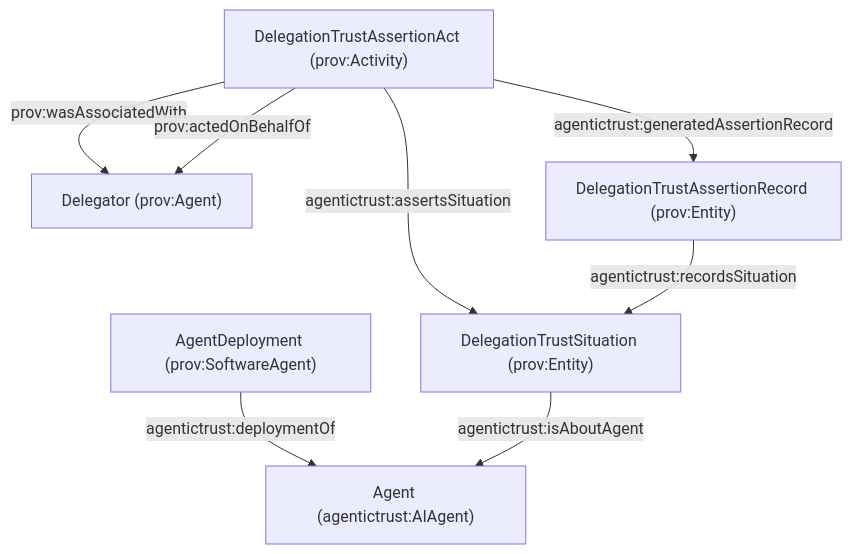
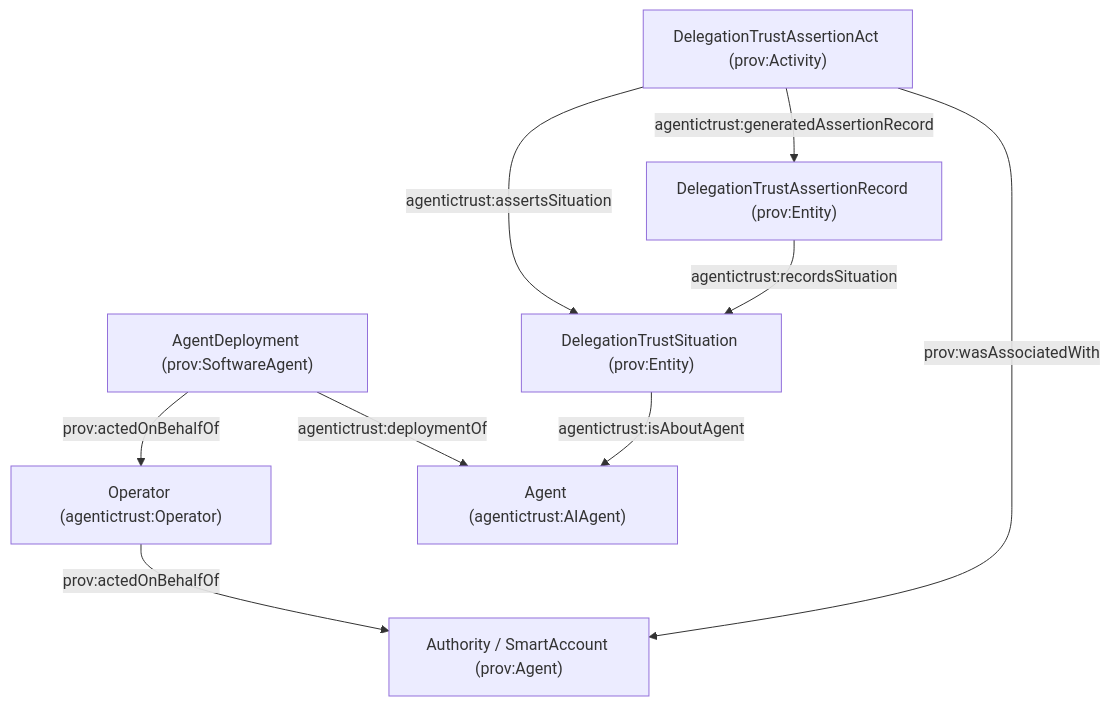
One commit to Agentic-Trust-Layer/agent-explorer changed the first of 2 diagrams in docs/ontology/oidc-a.md. Above: the diagram before and after it, drawn with Mermaid. The commit also changed other lines of this file, not shown here.

````diff
--- a/docs/ontology/oidc-a.md
+++ b/docs/ontology/oidc-a.md
@@ -91,17 +95,19 @@
 ```mermaid
 graph TB
-  Delegator["Delegator (prov:Agent)"]
+  Authority["Authority / SmartAccount (prov:Agent)"]
+  Operator["Operator (agentictrust:Operator)"]
   Agent["Agent (agentictrust:AIAgent)"]
   Deploy["AgentDeployment (prov:SoftwareAgent)"]
   Sit["DelegationTrustSituation (prov:Entity)"]
   Act["DelegationTrustAssertionAct (prov:Activity)"]
   Rec["DelegationTrustAssertionRecord (prov:Entity)"]
 
   Deploy -->|agentictrust:deploymentOf| Agent
-  Act -->|prov:wasAssociatedWith| Delegator
-  Act -->|prov:actedOnBehalfOf| Delegator
+  Operator -->|prov:actedOnBehalfOf| Authority
+  Deploy -->|prov:actedOnBehalfOf| Operator
+  Act -->|prov:wasAssociatedWith| Authority
   Sit -->|agentictrust:isAboutAgent| Agent
   Act -->|agentictrust:assertsSituation| Sit
   Act -->|agentictrust:generatedAssertionRecord| Rec
   Rec -->|agentictrust:recordsSituation| Sit
 ```
````
